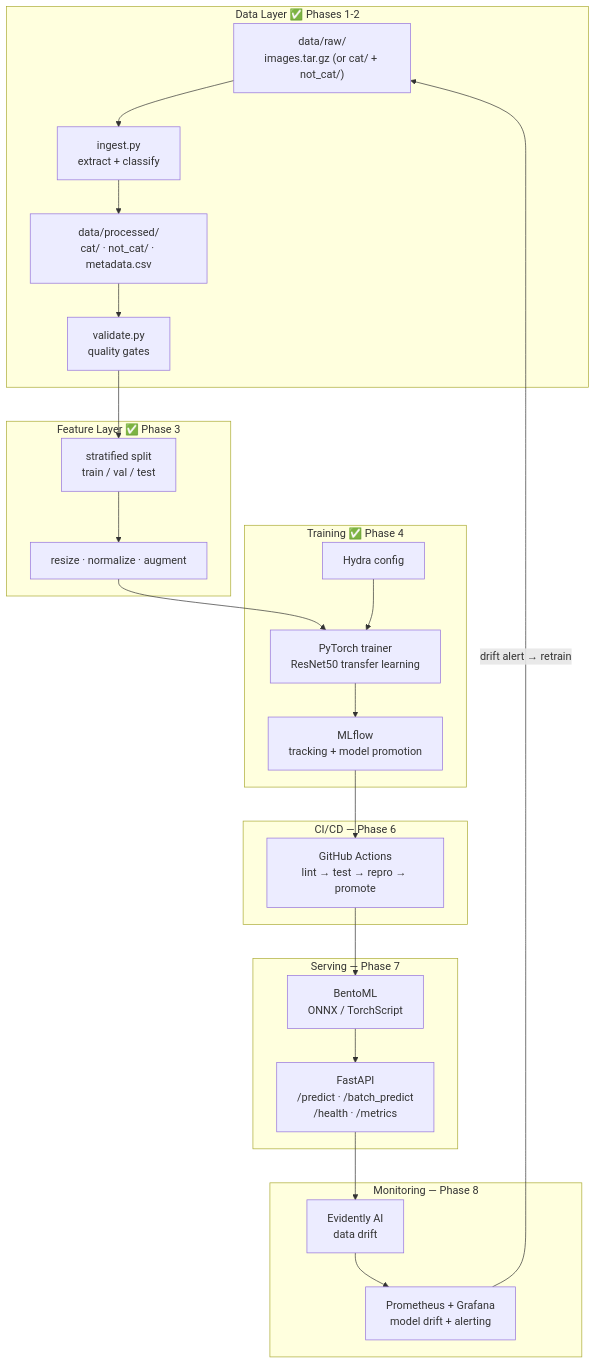
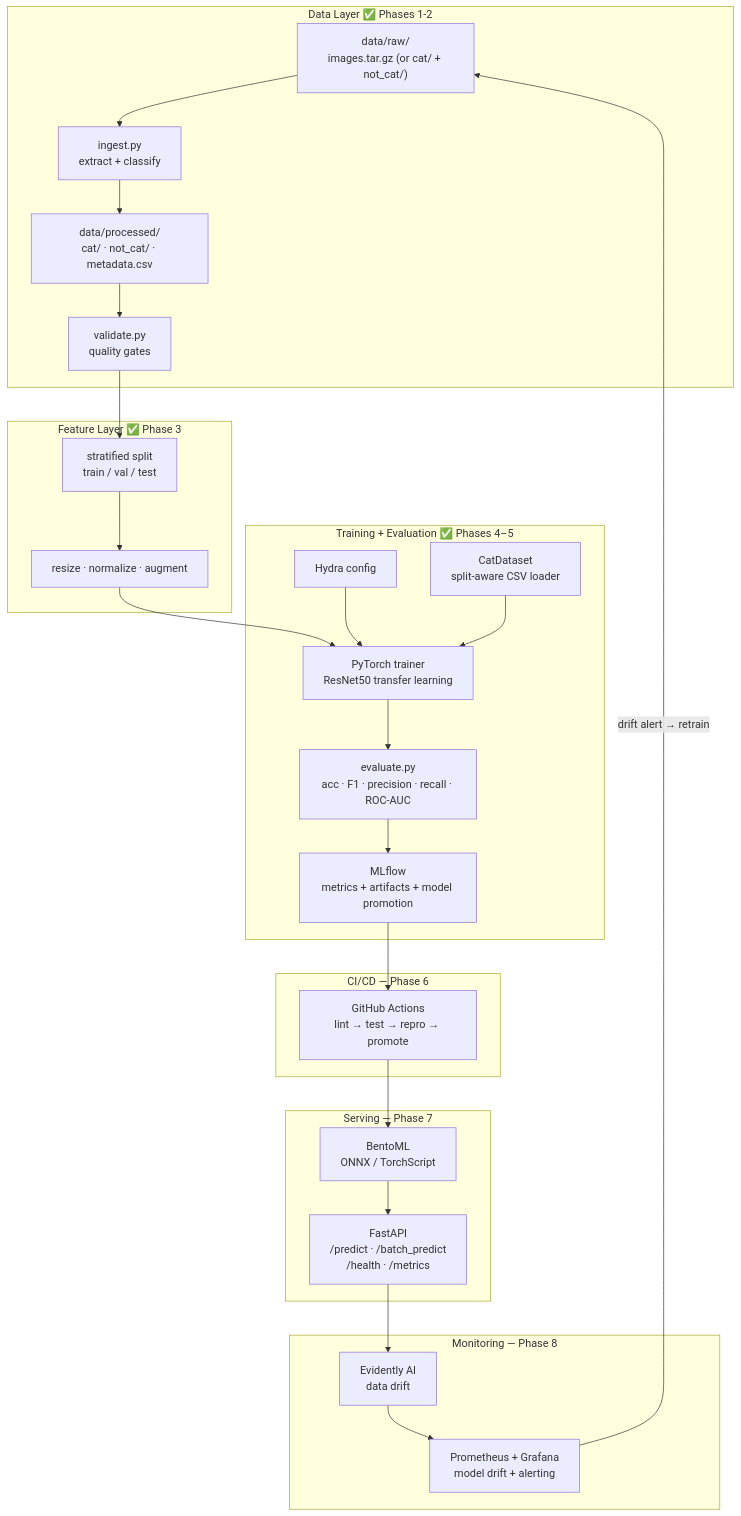
The first of 2 diagrams in docs/Architecture.md (afonsocosta90/purr-duction-pipeline), drawn with Mermaid before and after one commit. The commit also changed other lines of this file and 2 other files, not shown here.

Commit message:
updated documentation after completing phase 5

````diff
--- a/docs/Architecture.md
+++ b/docs/Architecture.md
@@ -44,35 +44,38 @@
 ```mermaid
 flowchart TD
     subgraph Data["Data Layer ✅ Phases 1-2"]
         RAW["data/raw/<br/>images.tar.gz (or cat/ + not_cat/)"]
         INGEST["ingest.py<br/>extract + classify"]
         PROC["data/processed/<br/>cat/ · not_cat/ · metadata.csv"]
         VAL["validate.py<br/>quality gates"]
     end
     subgraph Features["Feature Layer ✅ Phase 3"]
         SPLIT["stratified split<br/>train / val / test"]
         FEAT["resize · normalize · augment"]
     end
-    subgraph Training["Training ✅ Phase 4"]
+    subgraph Training["Training + Evaluation ✅ Phases 4–5"]
         HYDRA["Hydra config"]
+        DS["CatDataset<br/>split-aware CSV loader"]
         TRAIN["PyTorch trainer<br/>ResNet50 transfer learning"]
-        MLFLOW["MLflow<br/>tracking + model promotion"]
+        EVAL["evaluate.py<br/>acc · F1 · precision · recall · ROC-AUC"]
+        MLFLOW["MLflow<br/>metrics + artifacts + model promotion"]
     end
     subgraph CICD["CI/CD — Phase 6"]
         GH["GitHub Actions<br/>lint → test → repro → promote"]
     end
     subgraph Serving["Serving — Phase 7"]
         BENTO["BentoML<br/>ONNX / TorchScript"]
         API["FastAPI<br/>/predict · /batch_predict<br/>/health · /metrics"]
     end
     subgraph Monitor["Monitoring — Phase 8"]
         EVIDENTLY["Evidently AI<br/>data drift"]
         PROM["Prometheus + Grafana<br/>model drift + alerting"]
     end
     RAW --> INGEST --> PROC --> VAL
     VAL --> SPLIT --> FEAT --> TRAIN
-    HYDRA --> TRAIN --> MLFLOW
+    HYDRA --> TRAIN
+    DS --> TRAIN --> EVAL --> MLFLOW
     MLFLOW --> GH --> BENTO --> API
     API --> EVIDENTLY --> PROM
     PROM -->|"drift alert → retrain"| RAW
 ```
````
